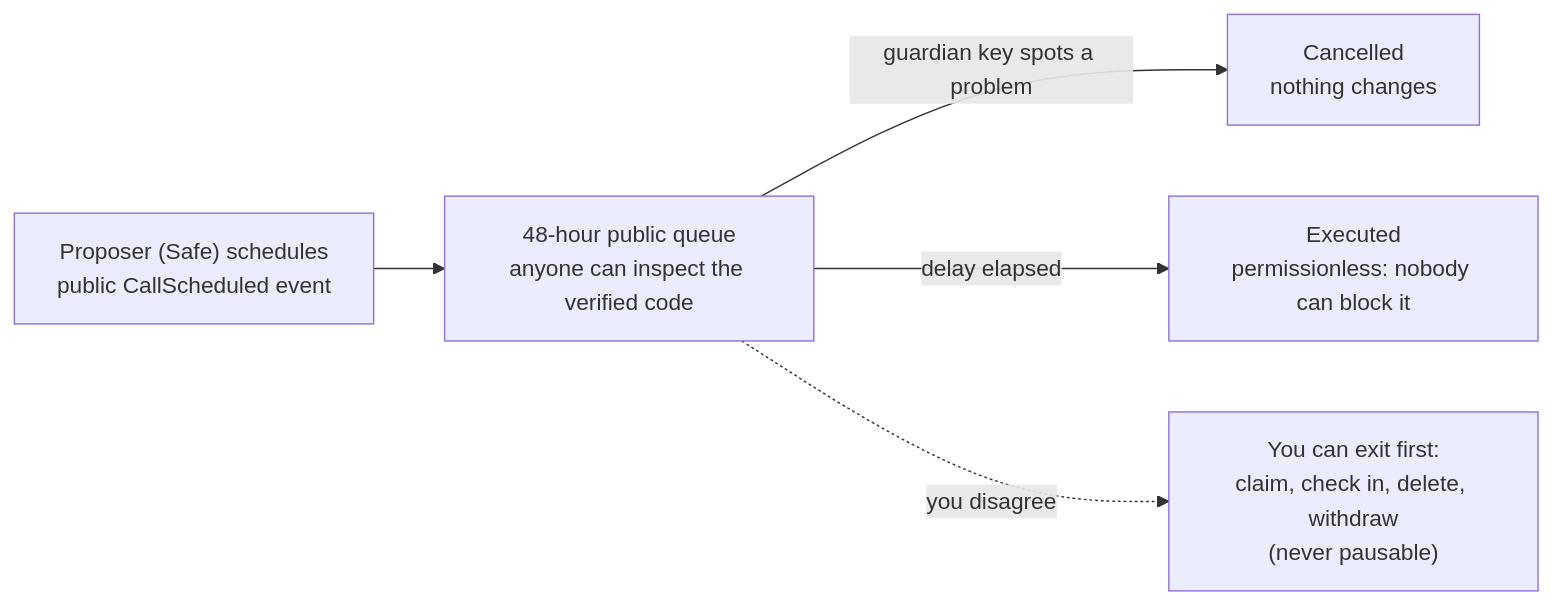
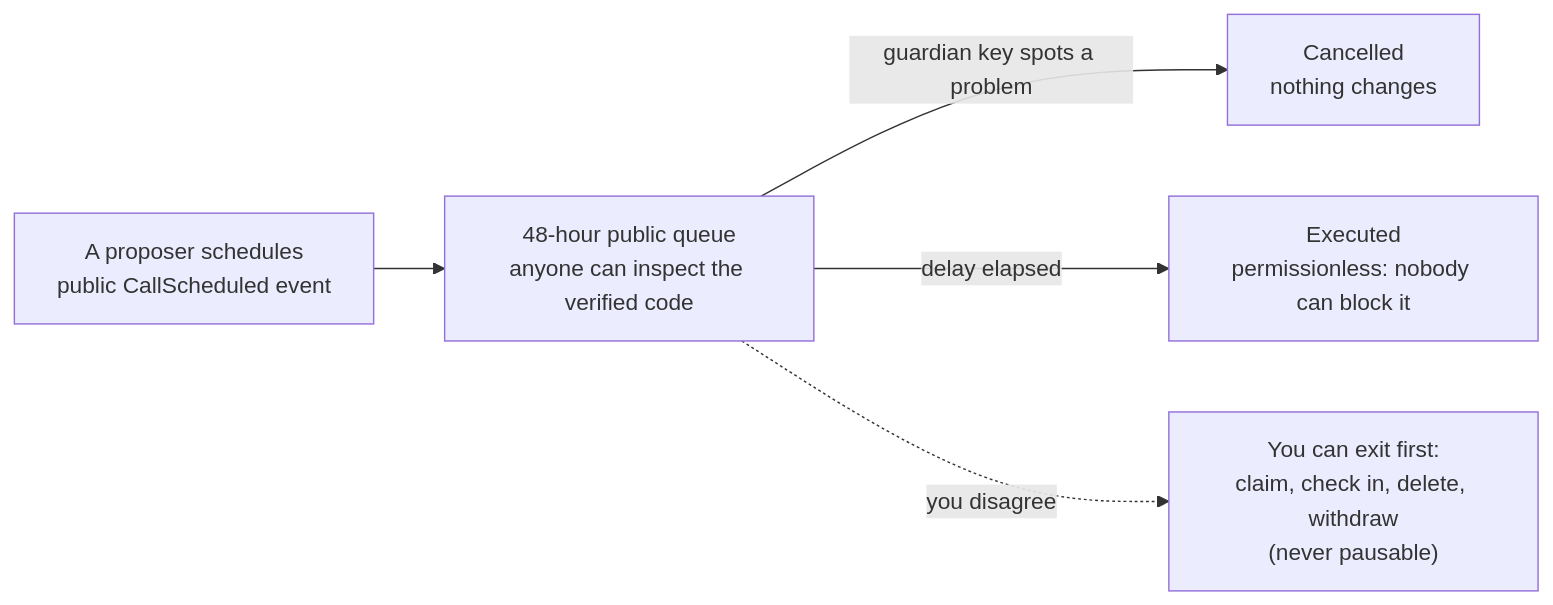
One commit to 10102-io/computing-docs changed the diagram in architecture/upgrade-policy.md. Above: the diagram before and after it, drawn with Mermaid. The commit also changed other lines of this file and 2 other files, not shown here.

First line of the commit message:
docs: governance Safe takes two of three signatures

````diff
--- a/architecture/upgrade-policy.md
+++ b/architecture/upgrade-policy.md
@@ -48,7 +48,7 @@
 ```mermaid
 flowchart LR
-    A["Proposer (Safe) schedules<br/>public CallScheduled event"] --> B["48-hour public queue<br/>anyone can inspect the verified code"]
+    A["A proposer schedules<br/>public CallScheduled event"] --> B["48-hour public queue<br/>anyone can inspect the verified code"]
     B -->|"guardian key spots a problem"| C["Cancelled<br/>nothing changes"]
     B -->|"delay elapsed"| D["Executed<br/>permissionless: nobody can block it"]
     B -.->|"you disagree"| E["You can exit first:<br/>claim, check in, delete, withdraw<br/>(never pausable)"]
 ```
````
